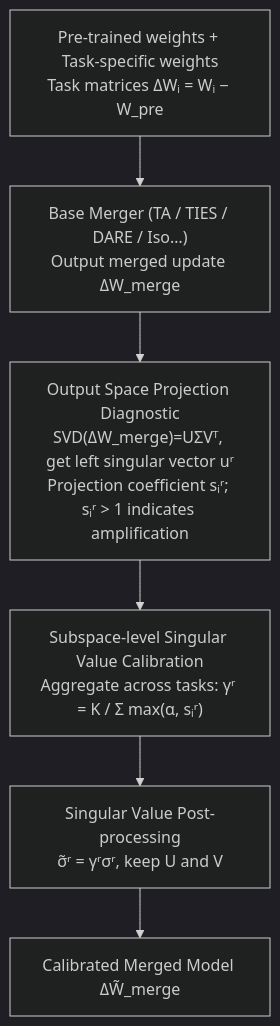
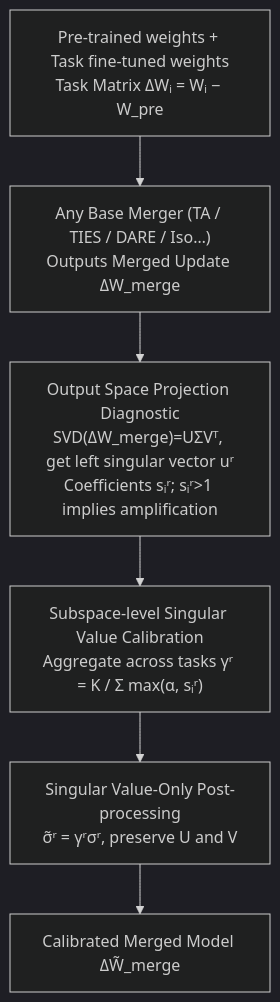
The diagram in docs/ICML2026/model_compression/when_shared_knowledge_hurts_spectral_over-accumulation_in_model_merging.md (zhaoyang97/Paper-Notes-en), drawn with Mermaid (dark theme) before and after one commit. The commit also changed other lines of this file and 5084 other files, not shown here.

````diff
--- a/docs/ICML2026/model_compression/when_shared_knowledge_hurts_spectral_over-accumulation_in_model_merging.md
+++ b/docs/ICML2026/model_compression/when_shared_knowledge_hurts_spectral_over-accumulation_in_model_merging.md
@@ -44,8 +44,8 @@
 ```mermaid
-graph TD
-    A["Pre-trained weights + Task-specific weights<br/>Task matrices ΔWᵢ = Wᵢ − W_pre"] --> B["Base Merger (TA / TIES / DARE / Iso…)<br/>Output merged update ΔW_merge"]
-    B --> C["Output Space Projection Diagnostic<br/>SVD(ΔW_merge)=UΣVᵀ, get left singular vector uʳ<br/>Projection coefficient sᵢʳ; sᵢʳ > 1 indicates amplification"]
-    C --> D["Subspace-level Singular Value Calibration<br/>Aggregate across tasks: γʳ = K / Σ max(α, sᵢʳ)"]
-    D --> E["Singular Value Post-processing<br/>σ̃ʳ = γʳσʳ, keep U and V"]
+flowchart TD
+    A["Pre-trained weights + Task fine-tuned weights<br/>Task Matrix ΔWᵢ = Wᵢ − W_pre"] --> B["Any Base Merger (TA / TIES / DARE / Iso…)<br/>Outputs Merged Update ΔW_merge"]
+    B --> C["Output Space Projection Diagnostic<br/>SVD(ΔW_merge)=UΣVᵀ, get left singular vector uʳ<br/>Coefficients sᵢʳ; sᵢʳ&gt;1 implies amplification"]
+    C --> D["Subspace-level Singular Value Calibration<br/>Aggregate across tasks γʳ = K / Σ max(α, sᵢʳ)"]
+    D --> E["Singular Value-Only Post-processing<br/>σ̃ʳ = γʳσʳ, preserve U and V"]
     E --> F["Calibrated Merged Model ΔW̃_merge"]
 ```
````
